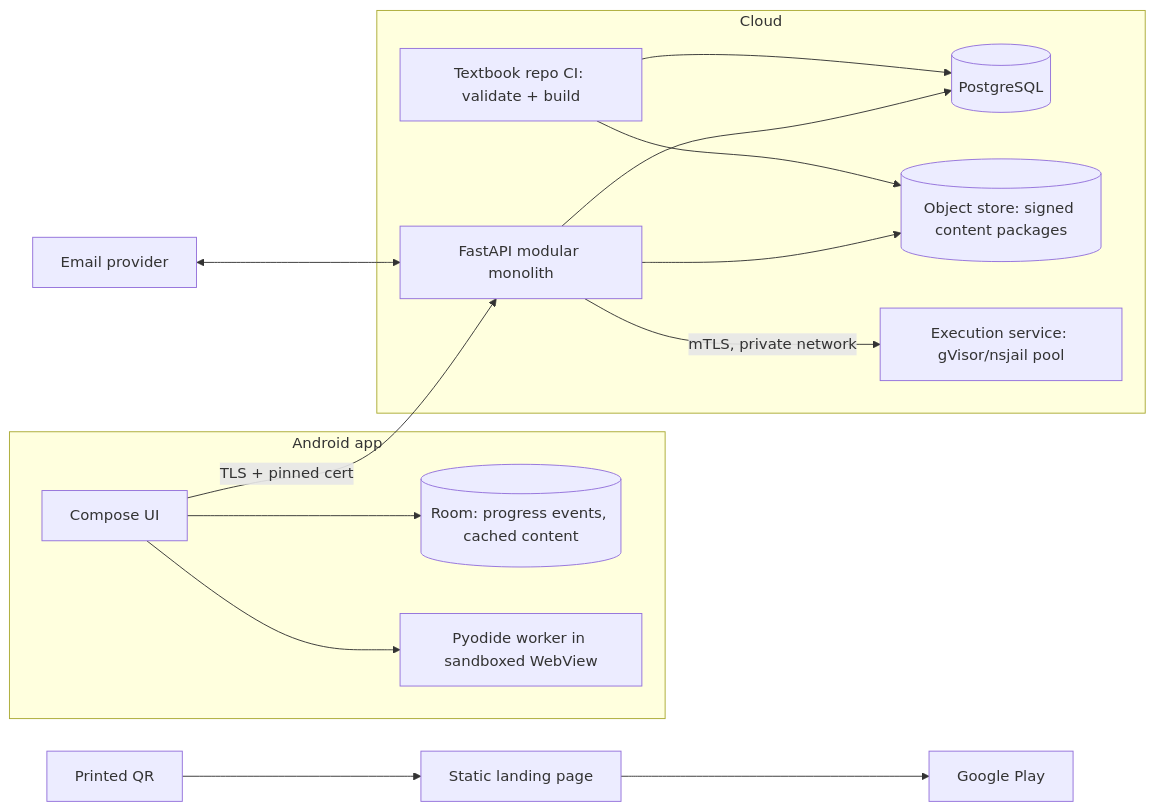
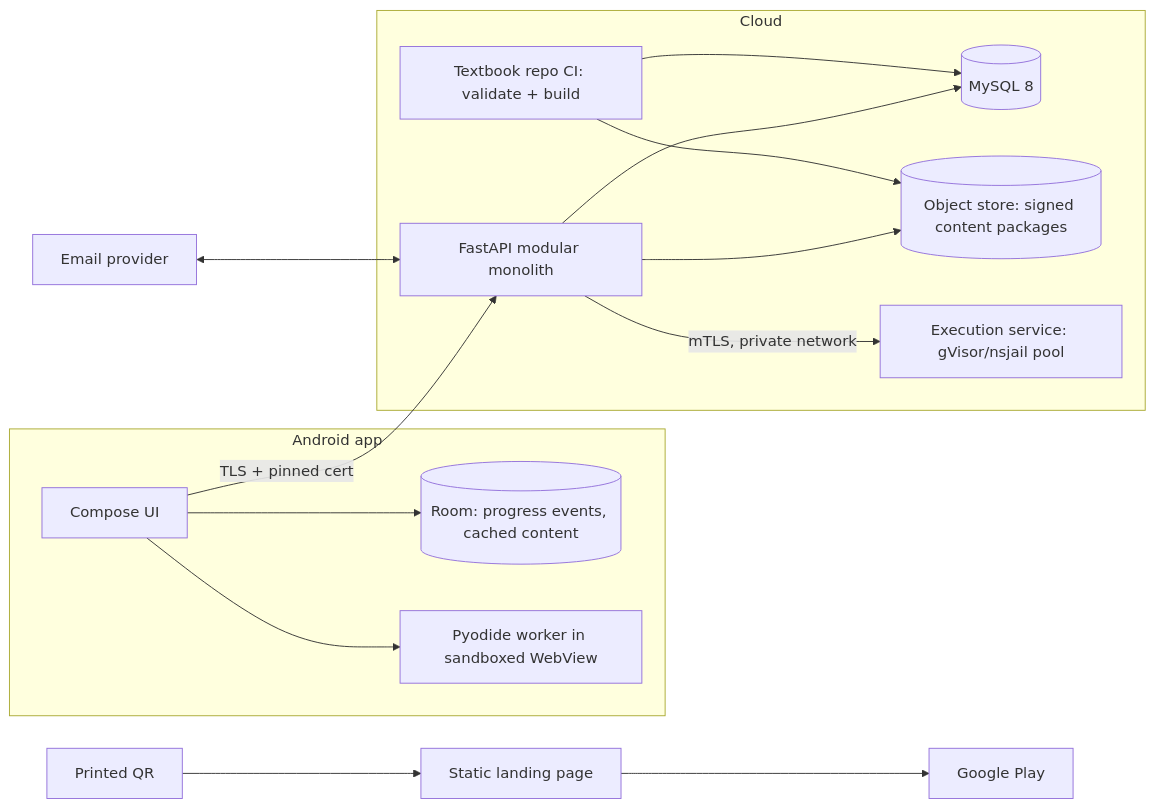
One commit to BT-Rajan/CS23C02-companion changed the first of 4 diagrams in docs/architecture.md. Above: the diagram before and after it, drawn with Mermaid. The commit also changed other lines of this file and 2688 other files, not shown here.

````diff
--- a/docs/architecture.md
+++ b/docs/architecture.md
@@ -4,18 +4,18 @@
 ```mermaid
 flowchart LR
   QR[Printed QR] --> LP[Static landing page]
   LP --> PS[Google Play]
   subgraph Phone[Android app]
     UI[Compose UI] --> DB[(Room: progress events, cached content)]
     UI --> PY[Pyodide worker in sandboxed WebView]
   end
   UI -- TLS + pinned cert --> API
   subgraph Cloud
-    API[FastAPI modular monolith] --> PG[(PostgreSQL)]
+    API[FastAPI modular monolith] --> PG[(MySQL 8)]
     API --> OBJ[(Object store: signed content packages)]
     API -- mTLS, private network --> EXE[Execution service: gVisor/nsjail pool]
     CI[Textbook repo CI: validate + build] --> OBJ
     CI --> PG
   end
   MAIL[Email provider] <--> API
 ```
````
